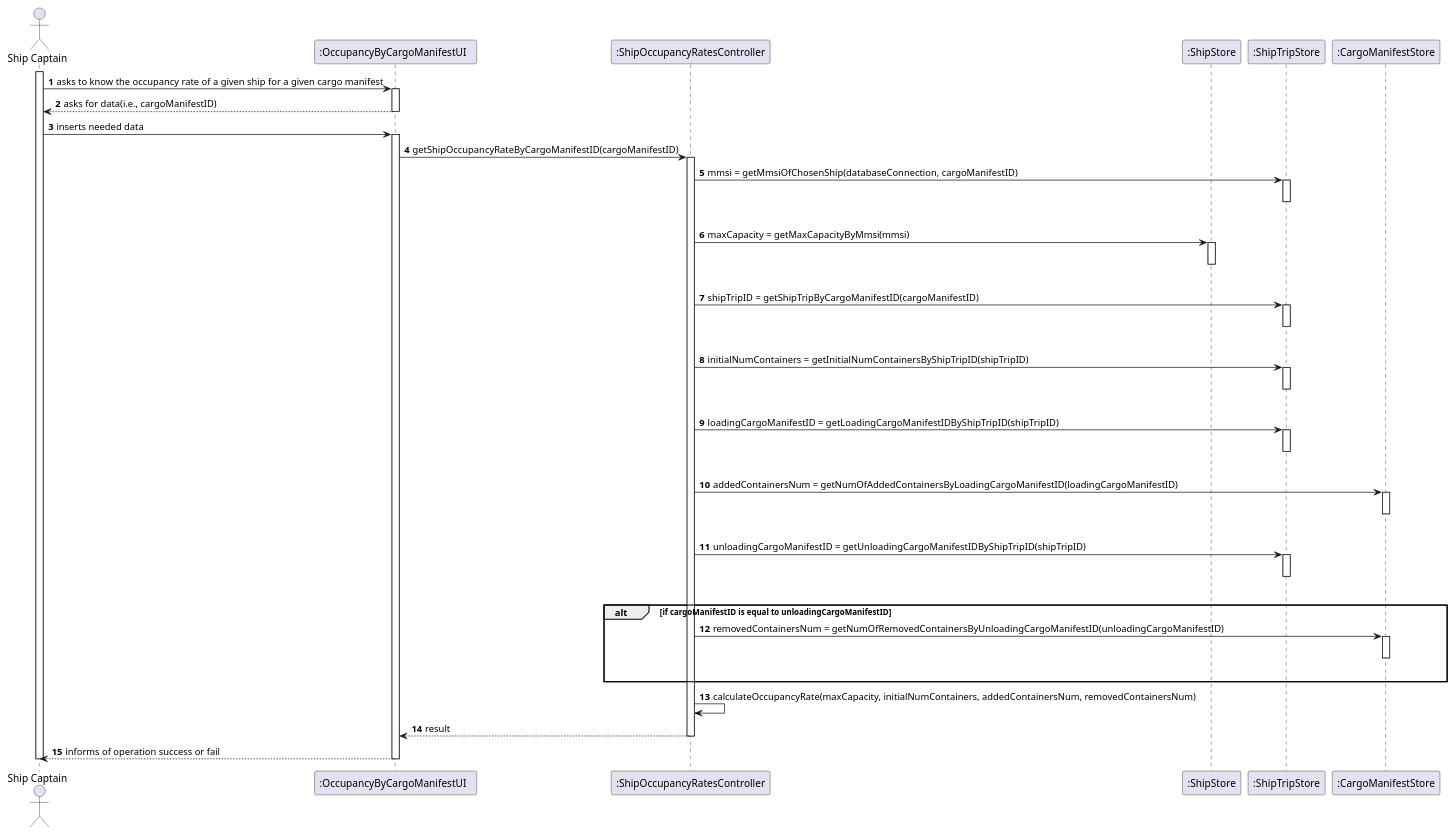
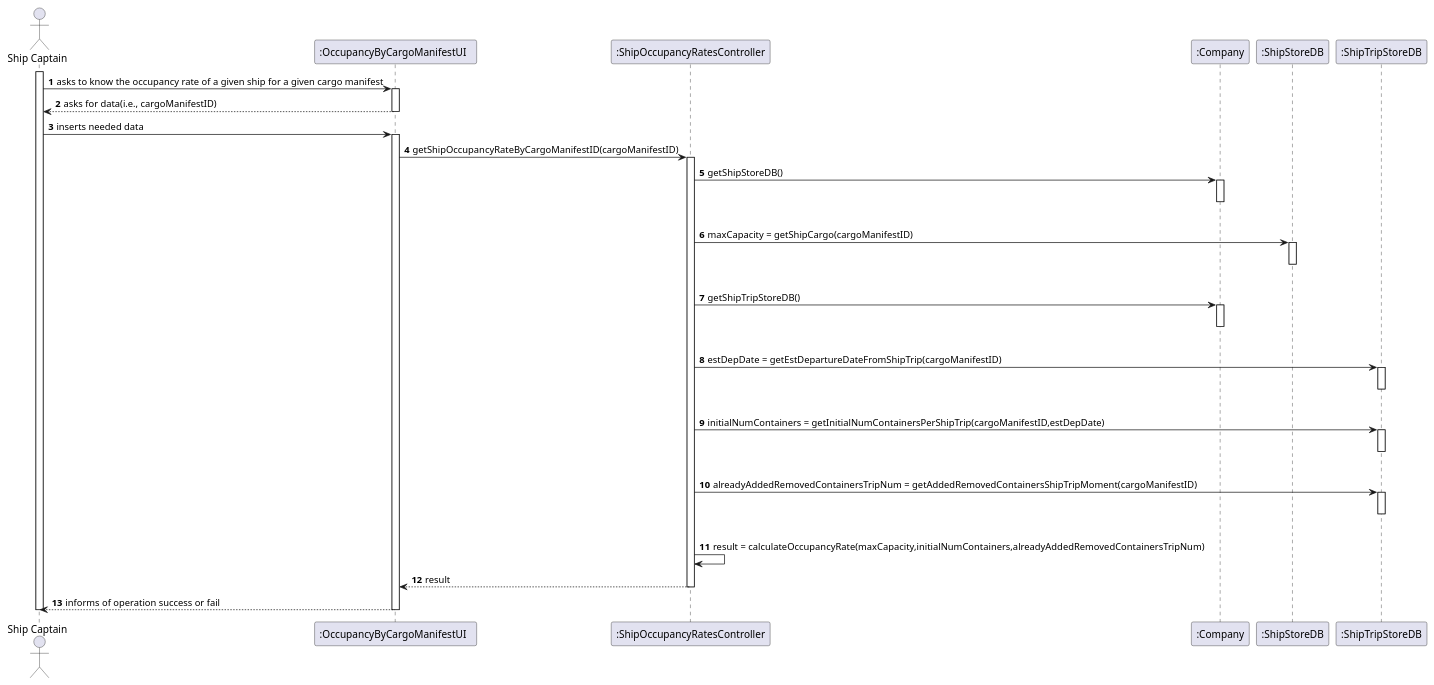
One commit to ana-albergaria/LAPR3-ISEP changed the diagram in docs/US208/US_208_SD.puml. Above: the diagram before and after it, drawn with PlantUML. The commit also changed 3 other files, not shown here.

```diff
--- a/docs/US208/US_208_SD.puml
+++ b/docs/US208/US_208_SD.puml
@@ -1,70 +1,51 @@
 @startuml
 autonumber
 'hide footbox
 actor "Ship Captain" as SC
 participant ":OccupancyByCargoManifestUI  " as UI
 participant ":ShipOccupancyRatesController" as CTRL
-participant ":ShipStore" as SS
-participant ":ShipTripStore" as STS
-participant ":CargoManifestStore" as CMS
-'participant ":ContainersStore" as CS
-'participant ":Company" as CMP
-'participant ":ShipStore" as STORE
-'participant ":ShipsBST" as SBST
-'participant ":Ship" as SHIP
+participant ":Company" as CMP
+participant ":ShipStoreDB" as SS
+participant ":ShipTripStoreDB" as STS
 
 activate SC
 SC -> UI : asks to know the occupancy rate of a given ship for a given cargo manifest
 activate UI
 UI --> SC : asks for data(i.e., cargoManifestID)
 deactivate UI
 SC -> UI : inserts needed data
 activate UI
 UI -> CTRL : getShipOccupancyRateByCargoManifestID(cargoManifestID)
 activate CTRL
-CTRL -> STS : mmsi = getMmsiOfChosenShip(databaseConnection, cargoManifestID)
-'tenho de saber se procuro o cargoManifestID na parte do loadingID ou do unloadingID
+CTRL -> CMP : getShipStoreDB()
+activate CMP
+|||
+deactivate CMP
+CTRL -> SS : maxCapacity = getShipCargo(cargoManifestID)
+activate SS
+|||
+deactivate SS
+CTRL -> CMP : getShipTripStoreDB()
+activate CMP
+|||
+deactivate CMP
+CTRL -> STS : estDepDate = getEstDepartureDateFromShipTrip(cargoManifestID)
 activate STS
 |||
 deactivate STS
-'preciso da capacidade total em nr de contentores
-'preciso do numero de contetores atualmente no ship
-CTRL -> SS : maxCapacity = getMaxCapacityByMmsi(mmsi)
-activate SS
-|||
-deactivate SS
-CTRL -> STS : shipTripID = getShipTripByCargoManifestID(cargoManifestID)
-'o loading_cargo_id ou o unloading_cargo_id têm de ter esse id
+CTRL -> STS : initialNumContainers = getInitialNumContainersPerShipTrip(cargoManifestID,estDepDate)
 activate STS
 |||
 deactivate STS
-CTRL -> STS: initialNumContainers = getInitialNumContainersByShipTripID(shipTripID)
+CTRL -> STS : alreadyAddedRemovedContainersTripNum = getAddedRemovedContainersShipTripMoment(cargoManifestID)
 activate STS
 |||
 deactivate STS
-CTRL -> STS: loadingCargoManifestID = getLoadingCargoManifestIDByShipTripID(shipTripID)
-activate STS
-|||
-deactivate STS
-CTRL -> CMS: addedContainersNum = getNumOfAddedContainersByLoadingCargoManifestID(loadingCargoManifestID)
-activate CMS
-|||
-deactivate CMS
-CTRL -> STS: unloadingCargoManifestID = getUnloadingCargoManifestIDByShipTripID(shipTripID)
-activate STS
-|||
-deactivate STS
-alt if cargoManifestID is equal to unloadingCargoManifestID
-CTRL -> CMS: removedContainersNum = getNumOfRemovedContainersByUnloadingCargoManifestID(unloadingCargoManifestID)
-activate CMS
-|||
-deactivate CMS
-end
-CTRL -> CTRL : calculateOccupancyRate(maxCapacity, initialNumContainers, addedContainersNum, removedContainersNum)
+CTRL -> CTRL : result = calculateOccupancyRate(maxCapacity,initialNumContainers,alreadyAddedRemovedContainersTripNum)
 CTRL --> UI : result
 deactivate CTRL
 UI --> SC : informs of operation success or fail
 deactivate UI
 deactivate SC
 
 @enduml
```
